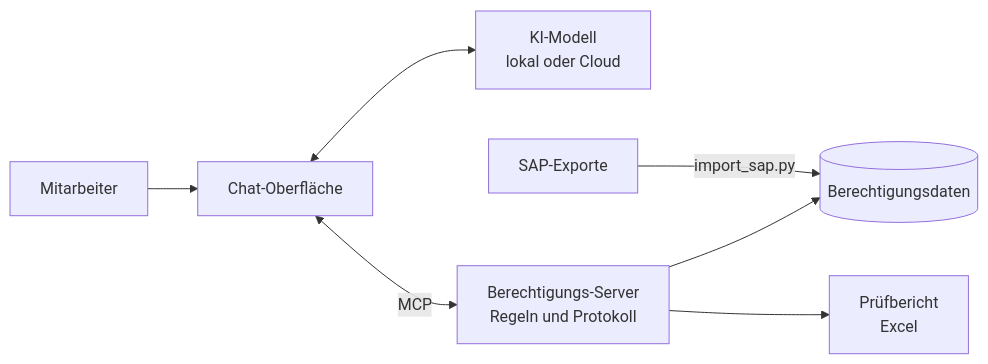
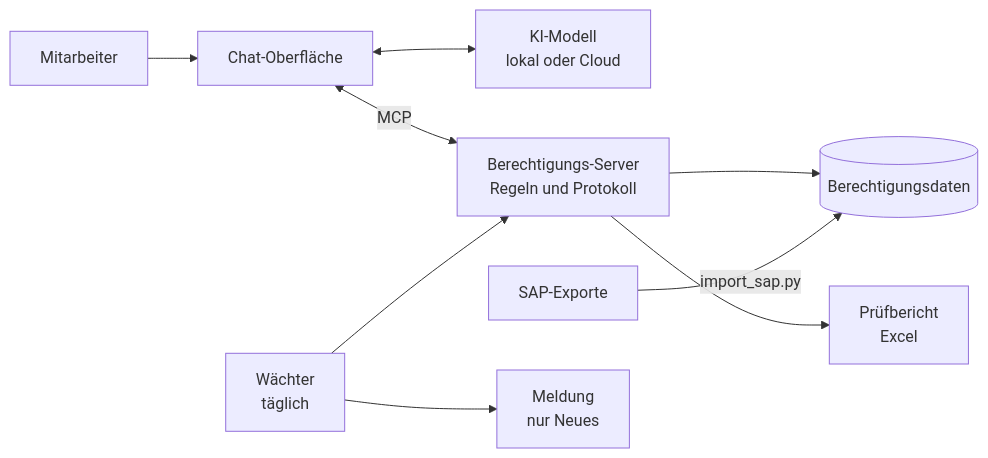
One commit to oemer-systems/sap-auth-mcp changed the second of 2 diagrams in README.md. Above: the diagram before and after it, drawn with Mermaid. The commit also changed other lines of this file, not shown here.

````diff
--- a/README.md
+++ b/README.md
@@ -150,9 +178,11 @@
 ```mermaid
 flowchart LR
     U[Mitarbeiter] --> A[Chat-Oberfläche]
     A <--> K[KI-Modell<br>lokal oder Cloud]
     A <-->|MCP| S[Berechtigungs-Server<br>Regeln und Protokoll]
     S --> D[(Berechtigungsdaten)]
     E[SAP-Exporte] -->|import_sap.py| D
     S --> B[Prüfbericht<br>Excel]
+    W[Wächter<br>täglich] --> S
+    W --> R[Meldung<br>nur Neues]
 ```
````
